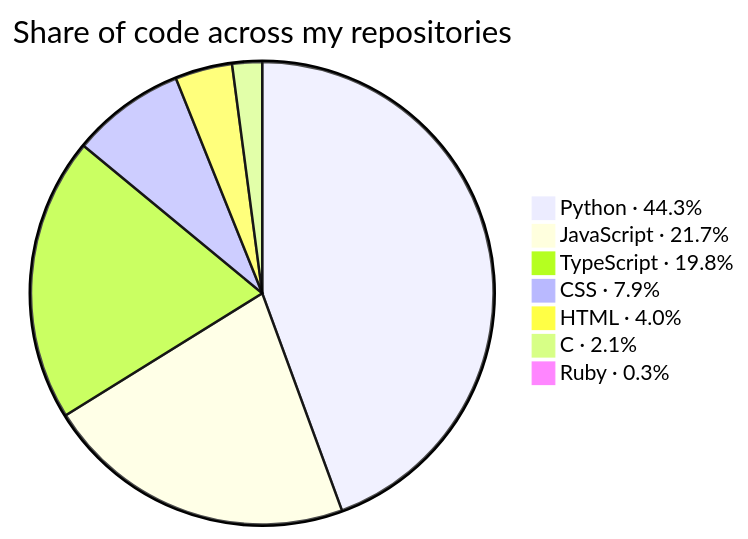
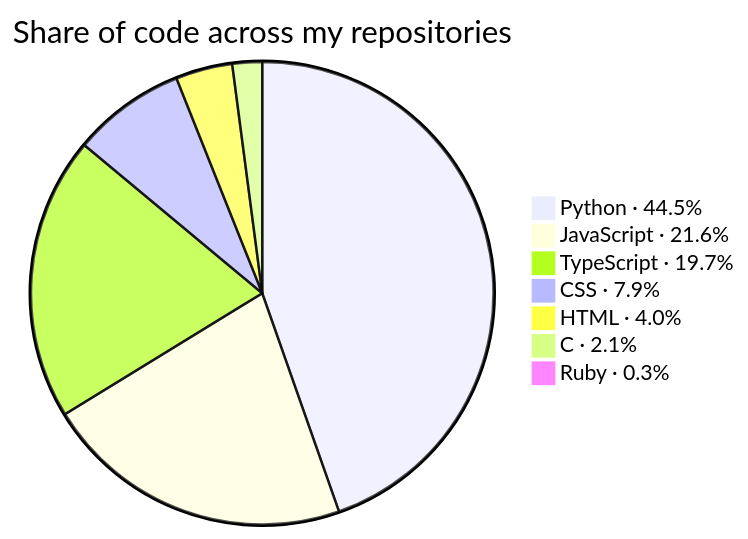
The second of 3 diagrams in README.md (KathFK1234/KathFK1234), drawn with Mermaid before and after one commit. The commit also changed other lines of this file and 5 other files, not shown here.

````diff
--- a/README.md
+++ b/README.md
@@ -109,11 +109,11 @@
 ```mermaid
 %%{init: {"themeVariables": {"pieSectionTextSize": "0px"}}}%%
 pie title Share of code across my repositories
-    "Python · 44.3%" : 1332.9
-    "JavaScript · 21.7%" : 652.9
-    "TypeScript · 19.8%" : 595.4
-    "CSS · 7.9%" : 238.1
+    "Python · 44.5%" : 1347.1
+    "JavaScript · 21.6%" : 652.9
+    "TypeScript · 19.7%" : 598.1
+    "CSS · 7.9%" : 238.5
     "HTML · 4.0%" : 119.8
     "C · 2.1%" : 62.7
     "Ruby · 0.3%" : 10.1
 ```
````
